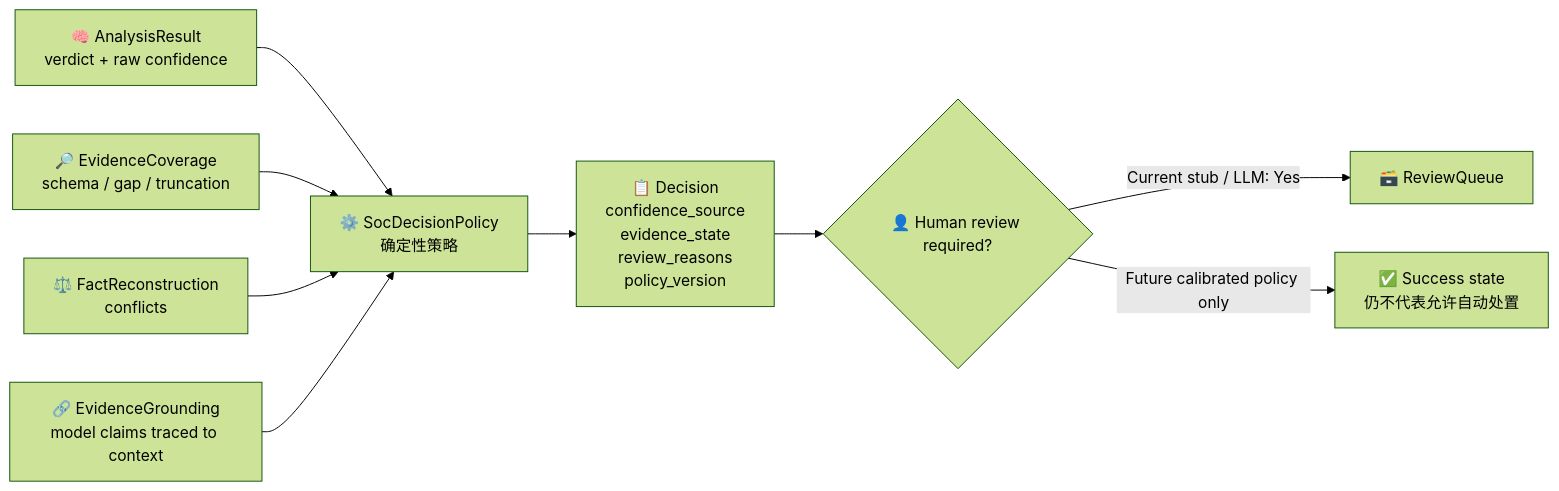
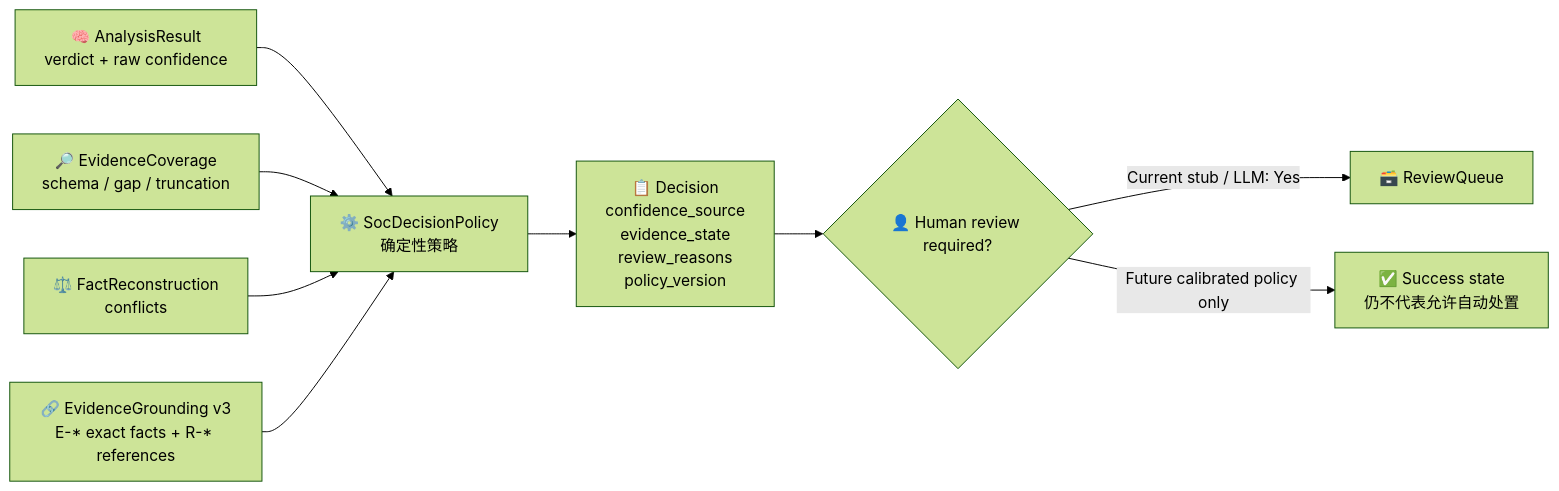
Before and after one commit to yydspanda/deer-flow: the fifth of 22 diagrams in .notes/ai_soc/alert-lifecycle-flow.md, drawn with Mermaid (forest theme). The commit also changed other lines of this file and 54 other files, not shown here.

````diff
--- a/.notes/ai_soc/alert-lifecycle-flow.md
+++ b/.notes/ai_soc/alert-lifecycle-flow.md
@@ -298,11 +304,11 @@
 ```mermaid
 flowchart LR
     A["🧠 AnalysisResult<br/>verdict + raw confidence"] --> B["⚙️ SocDecisionPolicy<br/>确定性策略"]
     C["🔎 EvidenceCoverage<br/>schema / gap / truncation"] --> B
     D["⚖️ FactReconstruction<br/>conflicts"] --> B
-    GR["🔗 EvidenceGrounding<br/>model claims traced to context"] --> B
+    GR["🔗 EvidenceGrounding v3<br/>E-* exact facts + R-* references"] --> B
     B --> E["📋 Decision<br/>confidence_source<br/>evidence_state<br/>review_reasons<br/>policy_version"]
     E --> F{"👤 Human review required?"}
     F -->|Current stub / LLM: Yes| Q["🗃️ ReviewQueue"]
     F -->|Future calibrated policy only| H["✅ Success state<br/>仍不代表允许自动处置"]
 ```
````
